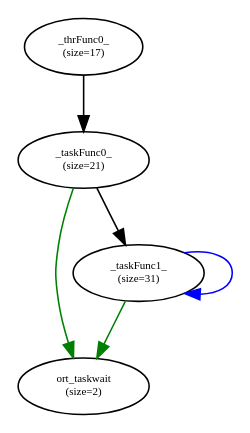
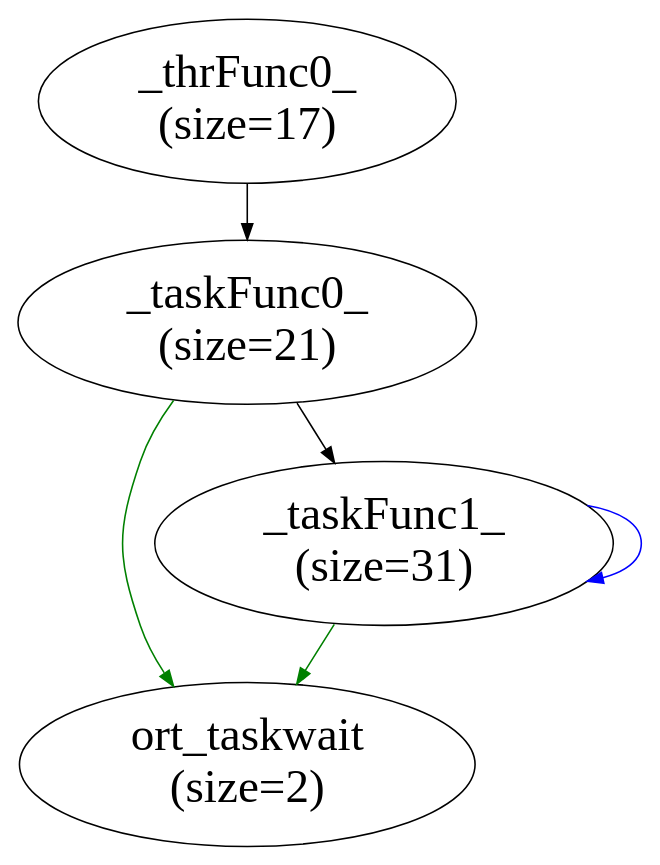
One commit to Kingtous/Bots_Task_Result changed the diagram in uts/task/uts.dot. Above: the diagram before and after it, drawn with Graphviz. The commit also changed 510 other files, not shown here.

```diff
--- a/uts/task/uts.dot
+++ b/uts/task/uts.dot
@@ -1,15 +1,15 @@
 digraph  {
 center=1;
 rankdir=TB;
 rotate=0;
 size="10,8";
-0 [fontsize=7, label="_thrFunc0_\n(size=17)"];
-1 [fontsize=7, label="ort_taskwait\n(size=2)"];
-2 [fontsize=7, label="_taskFunc0_\n(size=21)"];
-8 [fontsize=7, label="_taskFunc1_\n(size=31)"];
+0 [fontsize=30, label="_thrFunc0_\n(size=17)"];
+1 [fontsize=30, label="ort_taskwait\n(size=2)"];
+2 [fontsize=30, label="_taskFunc0_\n(size=21)"];
+8 [fontsize=30, label="_taskFunc1_\n(size=31)"];
 0 -> 2  [key=0];
 2 -> 8  [key=0];
 2 -> 1  [color=green, key=0];
 8 -> 8  [color=blue, key=0];
 8 -> 1  [color=green, key=0];
 }
```
